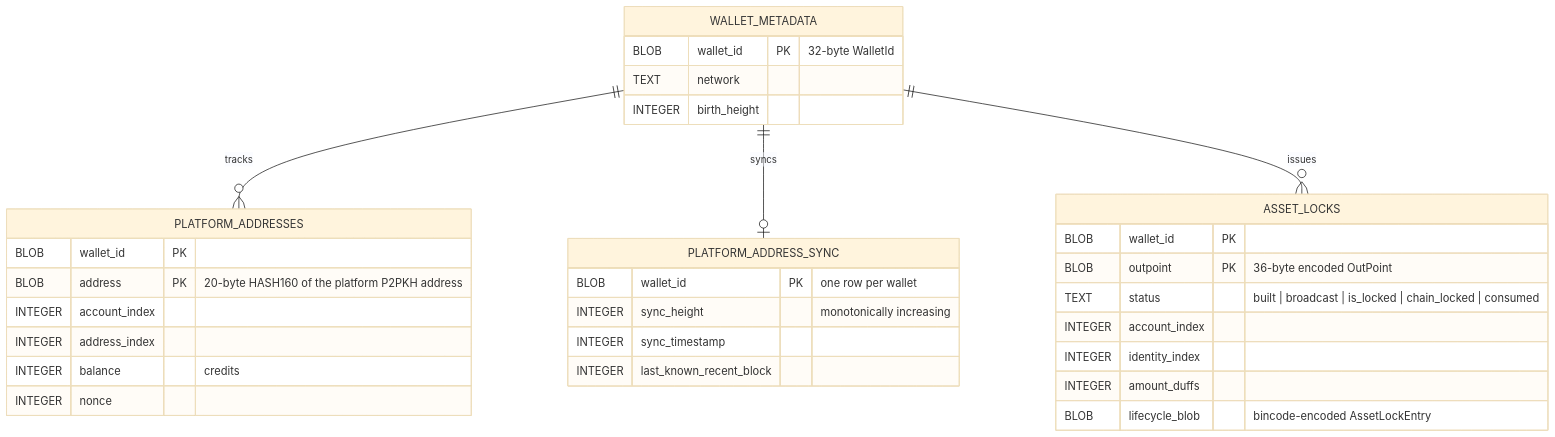
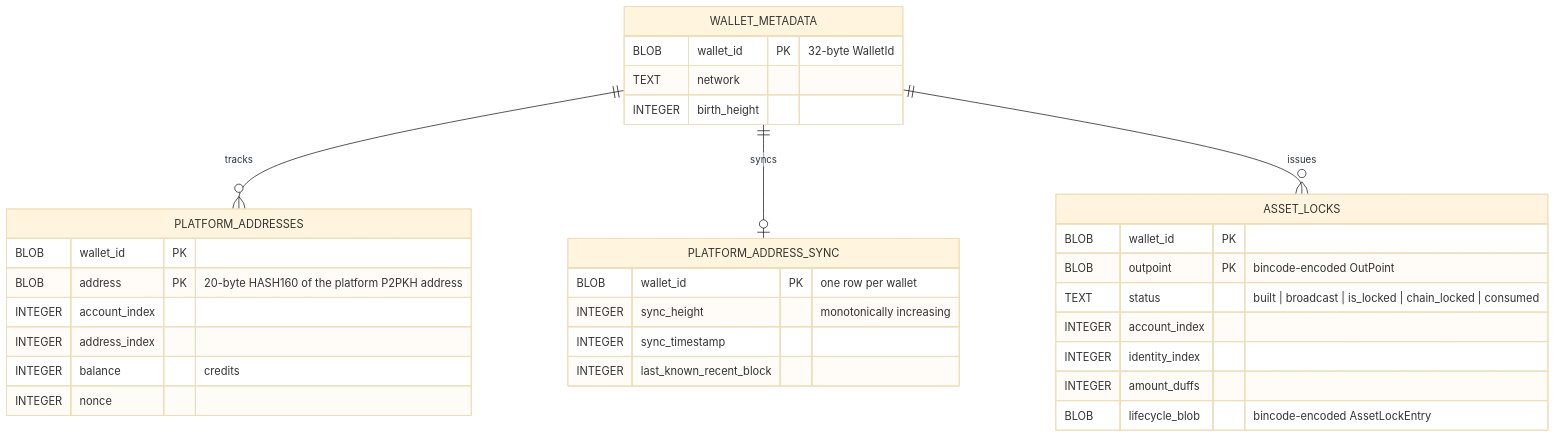
One commit to dashpay/platform changed the fourth of 5 diagrams in packages/rs-platform-wallet-storage/SCHEMA.md. Above: the diagram before and after it, drawn with Mermaid (base theme). The commit also changed other lines of this file and 6 other files, not shown here.

````diff
--- a/packages/rs-platform-wallet-storage/SCHEMA.md
+++ b/packages/rs-platform-wallet-storage/SCHEMA.md
@@ -199,38 +199,38 @@
 ```mermaid
 erDiagram
     WALLET_METADATA ||--o{ PLATFORM_ADDRESSES : "tracks"
     WALLET_METADATA ||--o| PLATFORM_ADDRESS_SYNC : "syncs"
     WALLET_METADATA ||--o{ ASSET_LOCKS : "issues"
 
     WALLET_METADATA {
         BLOB wallet_id PK "32-byte WalletId"
         TEXT network
         INTEGER birth_height
     }
 
     PLATFORM_ADDRESSES {
         BLOB wallet_id PK
         BLOB address PK "20-byte HASH160 of the platform P2PKH address"
         INTEGER account_index
         INTEGER address_index
         INTEGER balance "credits"
         INTEGER nonce
     }
 
     PLATFORM_ADDRESS_SYNC {
         BLOB wallet_id PK "one row per wallet"
         INTEGER sync_height "monotonically increasing"
         INTEGER sync_timestamp
         INTEGER last_known_recent_block
     }
 
     ASSET_LOCKS {
         BLOB wallet_id PK
-        BLOB outpoint PK "36-byte encoded OutPoint"
+        BLOB outpoint PK "bincode-encoded OutPoint"
         TEXT status "built | broadcast | is_locked | chain_locked | consumed"
         INTEGER account_index
         INTEGER identity_index
         INTEGER amount_duffs
         BLOB lifecycle_blob "bincode-encoded AssetLockEntry"
     }
 ```
````
